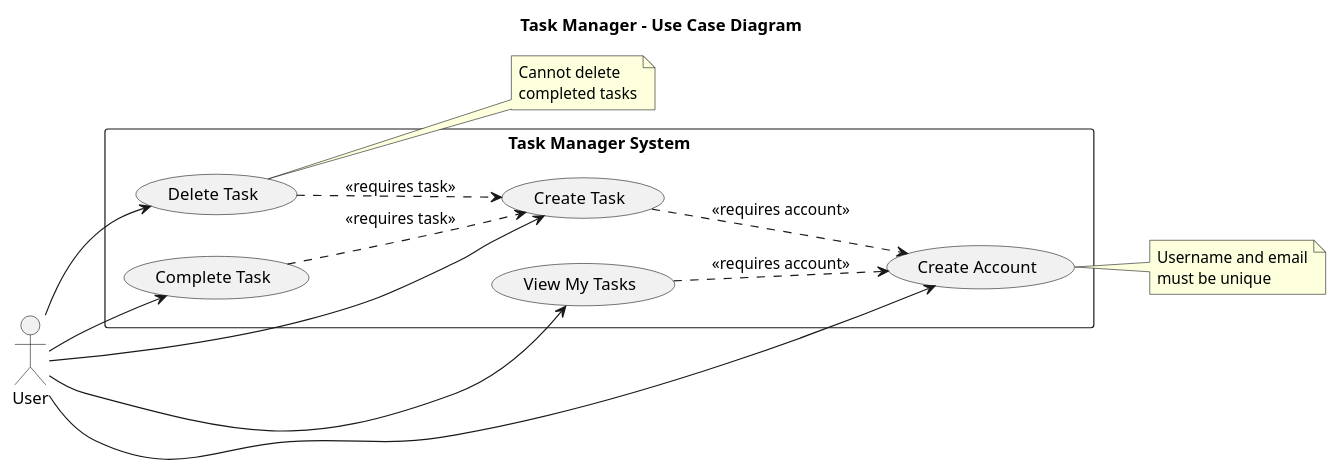
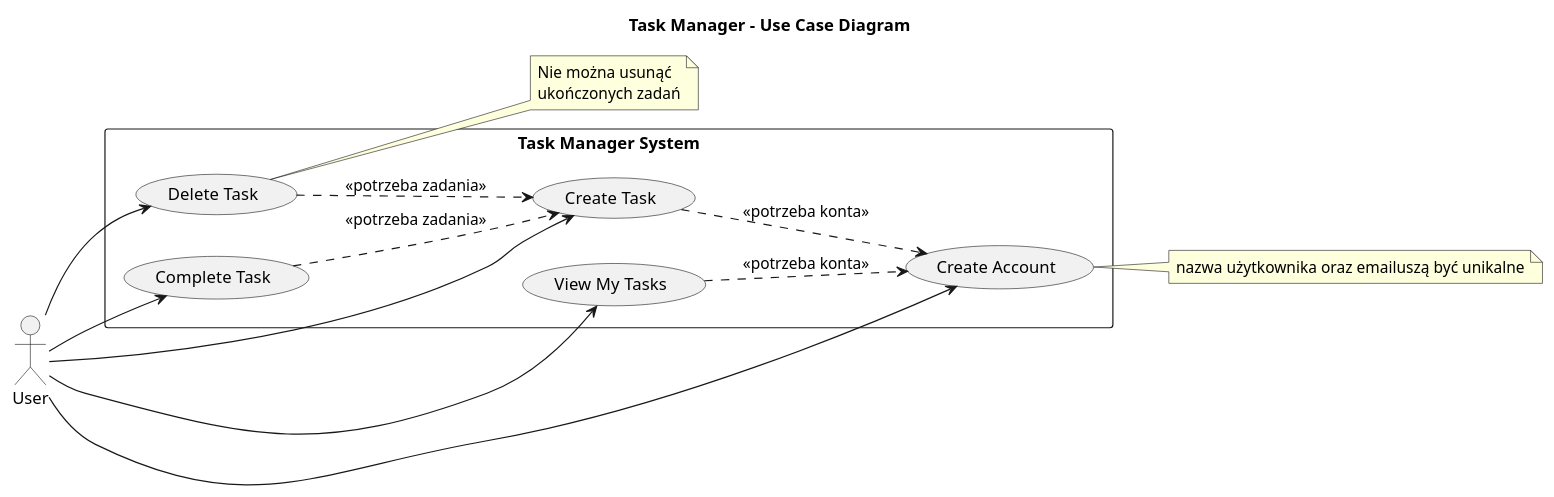
The diagram in docs/use_case_diagram.puml (MakaronToja2/task_tracker), drawn with PlantUML before and after one commit. The commit also changed 2 other files, not shown here.

```diff
--- a/docs/use_case_diagram.puml
+++ b/docs/use_case_diagram.puml
@@ -1,31 +1,31 @@
 @startuml
 title Task Manager - Use Case Diagram
 
 left to right direction
 
 actor "User" as user
 
 rectangle "Task Manager System" {
     usecase "Create Account" as UC1
     usecase "Create Task" as UC2
     usecase "View My Tasks" as UC3
     usecase "Complete Task" as UC4
     usecase "Delete Task" as UC5
 }
 
 user --> UC1
 user --> UC2
 user --> UC3
 user --> UC4
 user --> UC5
 
-UC2 ..> UC1 : <<requires account>>
-UC3 ..> UC1 : <<requires account>>
-UC4 ..> UC2 : <<requires task>>
-UC5 ..> UC2 : <<requires task>>
+UC2 ..> UC1 : <<potrzeba konta>>
+UC3 ..> UC1 : <<potrzeba konta>>
+UC4 ..> UC2 : <<potrzeba zadania>>
+UC5 ..> UC2 : <<potrzeba zadania>>
 
-note right of UC1 : Username and email\nmust be unique
+note right of UC1 : nazwa użytkownika oraz email\muszą być unikalne
 
-note right of UC5 : Cannot delete\ncompleted tasks
+note right of UC5 : Nie można usunąć\nukończonych zadań
 
 @enduml
```
